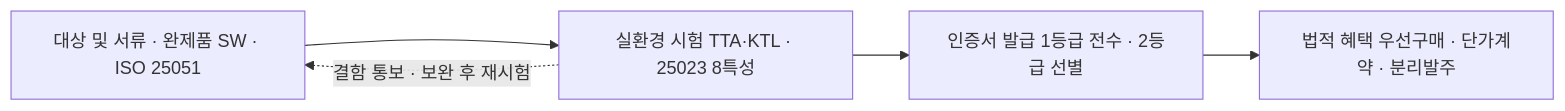
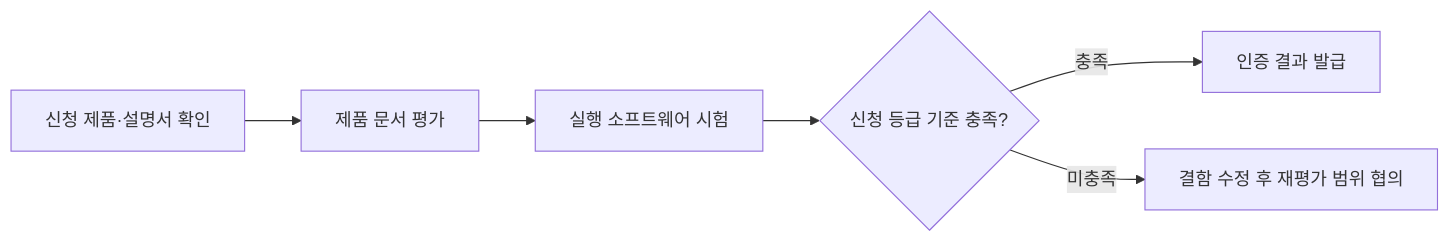
One commit to agnusdei1207/study changed the third of 3 diagrams in src/content/docs/notes/itpe/02-software-engineering/080_good_software_certification.md. Above: the diagram before and after it, drawn with Mermaid. The commit also changed other lines of this file and 31 other files, not shown here.

Commit message:
docs(itpe): correct software engineering architecture and test notes

````diff
--- a/src/content/docs/notes/itpe/02-software-engineering/080_good_software_certification.md
+++ b/src/content/docs/notes/itpe/02-software-engineering/080_good_software_certification.md
@@ -111,7 +116,8 @@
 ```mermaid
 flowchart LR
-    A["대상 및 서류 · 완제품 SW · ISO 25051"] --> B["실환경 시험 TTA·KTL · 25023 8특성"]
-    B --> C["인증서 발급 1등급 전수 · 2등급 선별"]
-    C --> D["법적 혜택 우선구매 · 단가계약 · 분리발주"]
-    B -.->|"결함 통보 · 보완 후 재시험"| A
+    A["신청 제품·설명서 확인"] --> B["제품 문서 평가"]
+    B --> C["실행 소프트웨어 시험"]
+    C --> D{"신청 등급 기준 충족?"}
+    D -->|"충족"| E["인증 결과 발급"]
+    D -->|"미충족"| F["결함 수정 후 재평가 범위 협의"]
 ```
````
